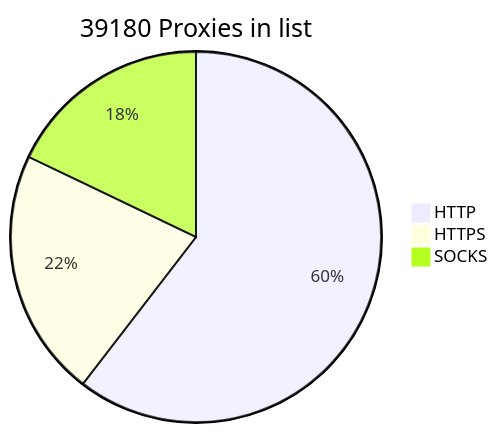
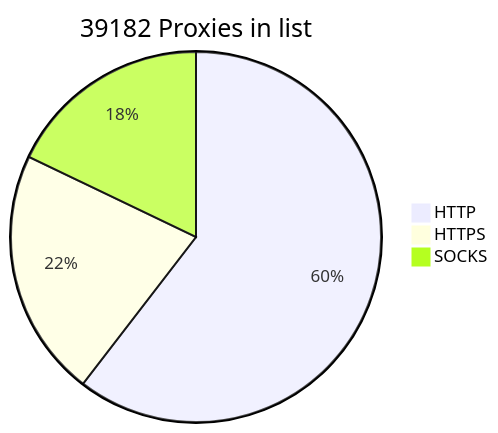
One commit to BlackSnowDot/proxylist-update-every-minute changed the diagram in README.md. Above: the diagram before and after it, drawn with Mermaid.

````diff
--- a/README.md
+++ b/README.md
@@ -2,6 +2,6 @@
 ```mermaid
-pie title 39180 Proxies in list
-    "HTTP" : 27714
-    "HTTPS": 9938
+pie title 39182 Proxies in list
+    "HTTP" : 27715
+    "HTTPS": 9939
     "SOCKS" : 8201
 ```
````
